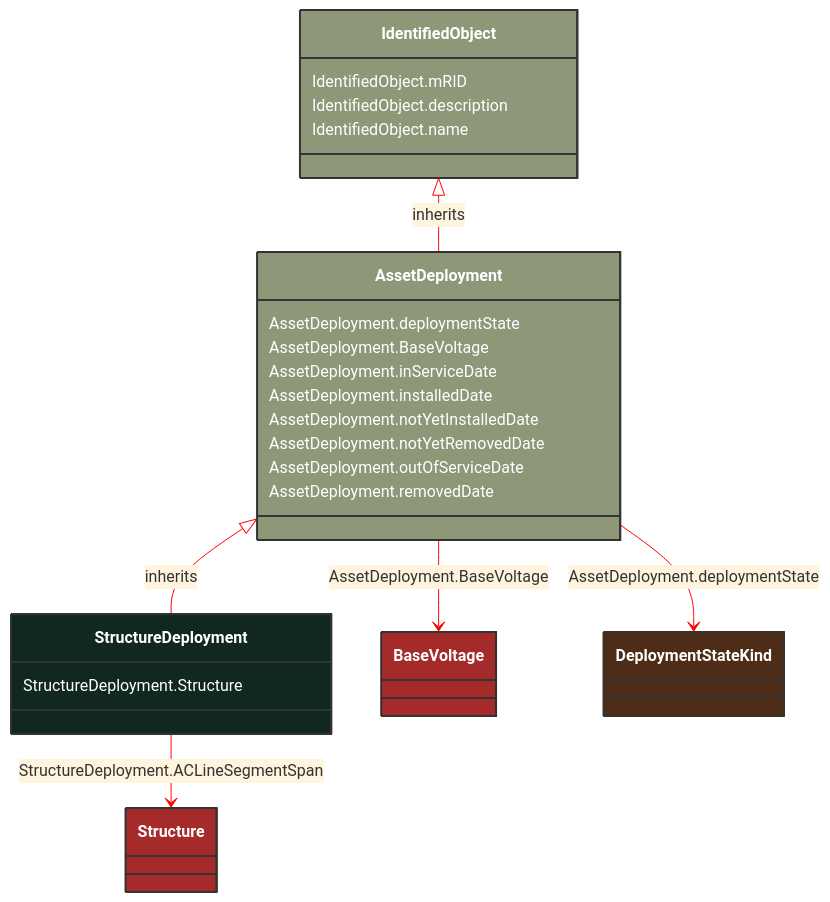
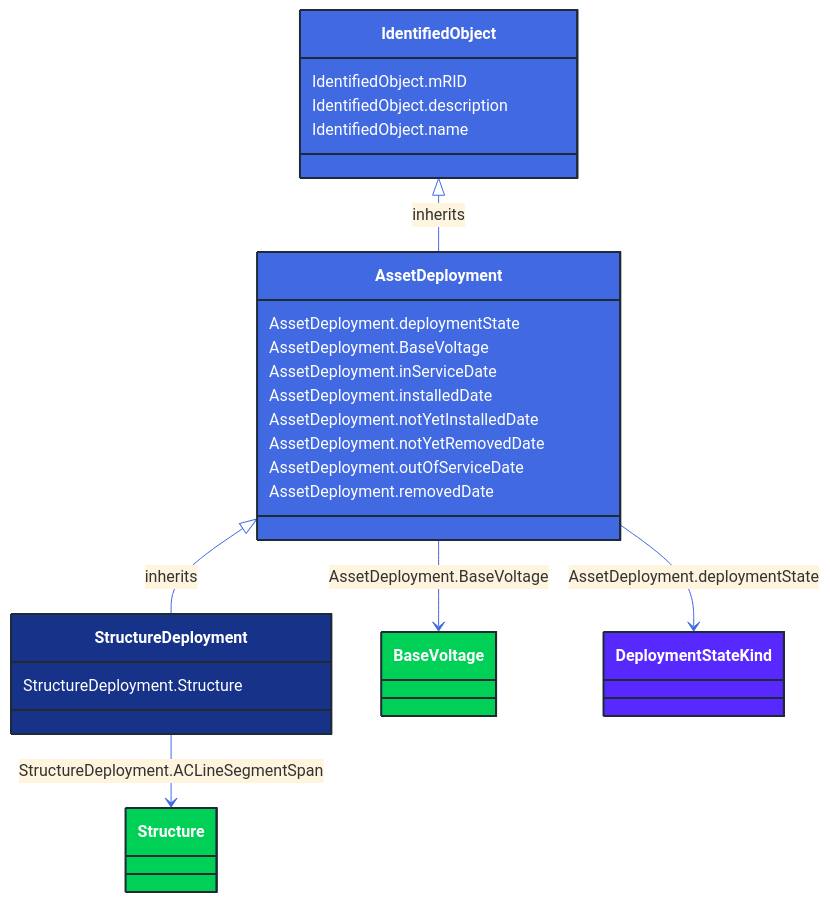
One commit to 3lbits/NoCIMExtensions changed the diagram in docs/Models/Profiles/AviationObstacle/ConcreteClasses/StructureDeployment.md. Above: the diagram before and after it, drawn with Mermaid. The commit also changed 362 other files, not shown here.

First line of the commit message:
Update diagrams and styles for improved visual consistency

````diff
--- a/docs/Models/Profiles/AviationObstacle/ConcreteClasses/StructureDeployment.md
+++ b/docs/Models/Profiles/AviationObstacle/ConcreteClasses/StructureDeployment.md
@@ -8,45 +8,45 @@
 ```mermaid
-%%{init: {'theme':'base','themeVariables': {'lineColor': '#FF0000'}}}%%
+%%{init: {'theme':'base','themeVariables': {'lineColor': '#4169E1'}}}%%
 classDiagram
     class StructureDeployment
     click StructureDeployment href "/Models/Profiles/AviationObstacle/ConcreteClasses/StructureDeployment/"
-    style StructureDeployment fill:#102820,stroke:#333,stroke-width:2px,rx:10,ry:10,color:white
+    style StructureDeployment fill:#163289,stroke:#1F2A37,stroke-width:2px,rx:10,ry:10,color:white
      
         AssetDeployment <|-- StructureDeployment : inherits
             click AssetDeployment href "/Models/Profiles/AviationObstacle/ConcreteClasses/AssetDeployment/"
-            style AssetDeployment fill:#8F9779,stroke:#333,stroke-width:2px,rx:10,ry:10,color:white
+            style AssetDeployment fill:#4169E1,stroke:#1F2A37,stroke-width:2px,rx:10,ry:10,color:white
      
         IdentifiedObject <|-- AssetDeployment : inherits
             click IdentifiedObject href "/Models/Profiles/AviationObstacle/AbstractClasses/IdentifiedObject/"
-            style IdentifiedObject fill:#8F9779,stroke:#333,stroke-width:2px,rx:10,ry:10,color:white
+            style IdentifiedObject fill:#4169E1,stroke:#1F2A37,stroke-width:2px,rx:10,ry:10,color:white
 
         StructureDeployment --> Structure : StructureDeployment.ACLineSegmentSpan
 
         Structure
             click Structure href "/Models/Profiles/AviationObstacle/AbstractClasses/Structure/"
-            style Structure fill:#A52A2A,stroke:#333,stroke-width:2px,rx:10,ry:10,color:white
+            style Structure fill:#00D156,stroke:#1F2A37,stroke-width:2px,rx:10,ry:10,color:white
         AssetDeployment --> BaseVoltage : AssetDeployment.BaseVoltage
 
         BaseVoltage
             click BaseVoltage href "/Models/Profiles/AviationObstacle/ConcreteClasses/BaseVoltage/"
-            style BaseVoltage fill:#A52A2A,stroke:#333,stroke-width:2px,rx:10,ry:10,color:white
+            style BaseVoltage fill:#00D156,stroke:#1F2A37,stroke-width:2px,rx:10,ry:10,color:white
 
         AssetDeployment --> DeploymentStateKind : AssetDeployment.deploymentState
 
         DeploymentStateKind
             click DeploymentStateKind href "/Models/Profiles/AviationObstacle/Enumerations/DeploymentStateKind/"
-            style DeploymentStateKind fill:#4D2D18,stroke:#333,stroke-width:2px,rx:10,ry:10,color:white
+            style DeploymentStateKind fill:#5729FF,stroke:#1F2A37,stroke-width:2px,rx:10,ry:10,color:white
 
         StructureDeployment : StructureDeployment.Structure
         AssetDeployment : AssetDeployment.deploymentState
         AssetDeployment : AssetDeployment.BaseVoltage
         AssetDeployment : AssetDeployment.inServiceDate
         AssetDeployment : AssetDeployment.installedDate
         AssetDeployment : AssetDeployment.notYetInstalledDate
         AssetDeployment : AssetDeployment.notYetRemovedDate
         AssetDeployment : AssetDeployment.outOfServiceDate
         AssetDeployment : AssetDeployment.removedDate
         IdentifiedObject : IdentifiedObject.mRID
         IdentifiedObject : IdentifiedObject.description
         IdentifiedObject : IdentifiedObject.name
 ```
````
